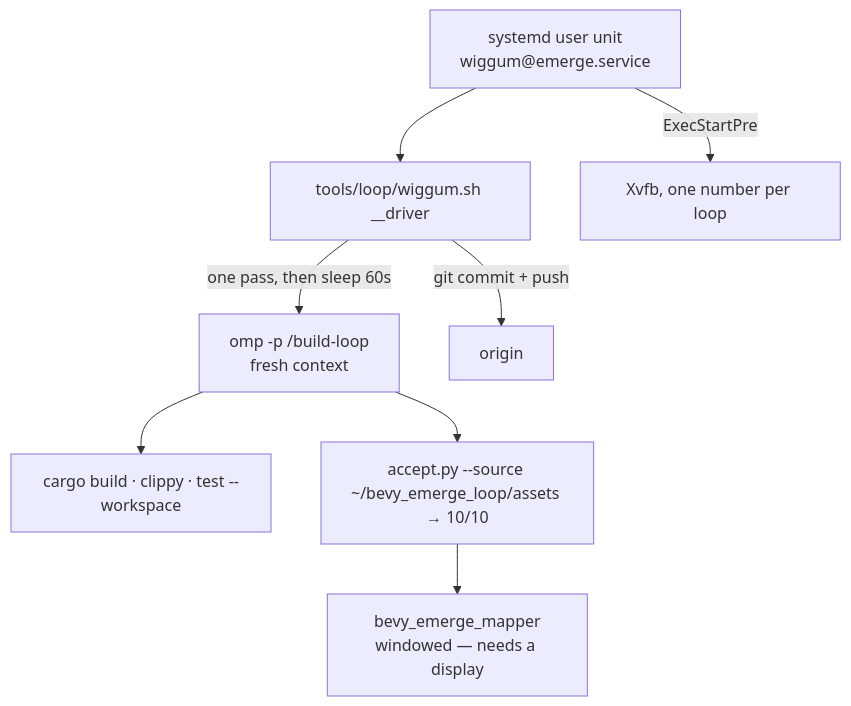
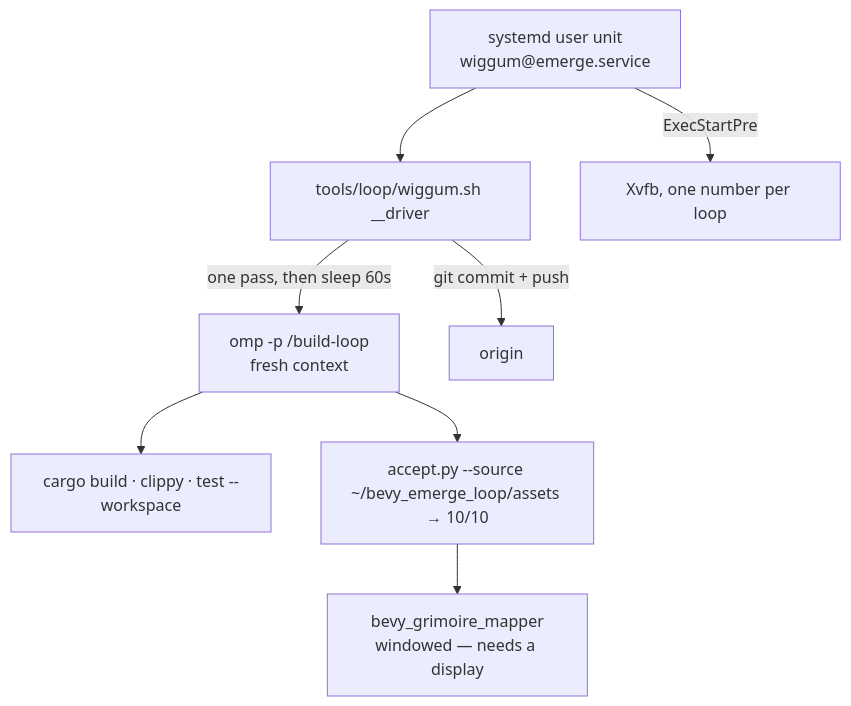
The diagram in tools/loop/README-wiggum.md (Ladvien/bevy_emerge), drawn with Mermaid before and after one commit. The commit also changed other lines of this file and 1104 other files, not shown here.

First line of the commit message:
Rename the editor to Grimoire: bevy_emerge crates become bevy_grimoire, assets/emerge becomes assets/grimoire

````diff
--- a/tools/loop/README-wiggum.md
+++ b/tools/loop/README-wiggum.md
@@ -30,10 +30,10 @@
 ```mermaid
 flowchart TD
   unit["systemd user unit<br/>wiggum@emerge.service"] --> drv["tools/loop/wiggum.sh __driver"]
   drv -->|"one pass, then sleep 60s"| omp["omp -p /build-loop<br/>fresh context"]
   omp --> gate["cargo build · clippy · test --workspace"]
   omp --> acc["accept.py --source ~/bevy_emerge_loop/assets → 10/10"]
-  acc --> ed["bevy_emerge_mapper<br/>windowed — needs a display"]
+  acc --> ed["bevy_grimoire_mapper<br/>windowed — needs a display"]
   unit -->|"ExecStartPre"| xvfb["Xvfb, one number per loop"]
   drv -->|"git commit + push"| gh["origin"]
 ```
````
